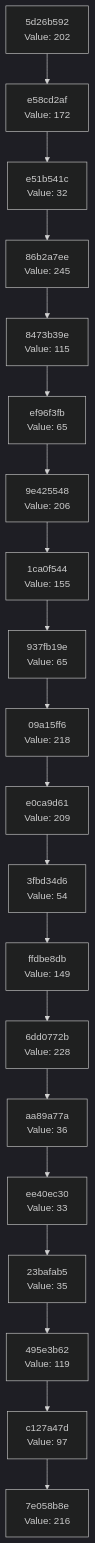
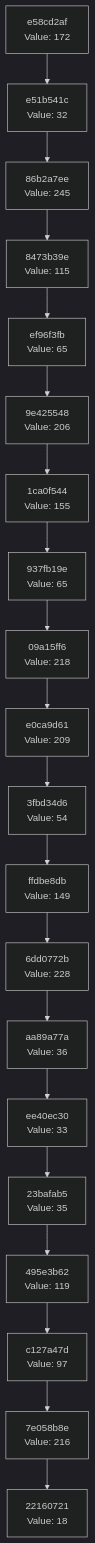
One commit to Abhisheksinha1506/hash-chain-evolver changed the diagram in docs/CHAIN_VISUALIZATION.md. Above: the diagram before and after it, drawn with Mermaid (dark theme). The commit also changed 2 other files, not shown here.

Commit message:
Evolution Step

````diff
--- a/docs/CHAIN_VISUALIZATION.md
+++ b/docs/CHAIN_VISUALIZATION.md
@@ -3,42 +3,42 @@
 ```mermaid
 graph TD
-    C0["7e058b8e<br/>Value: 216"]
-    C1["c127a47d<br/>Value: 97"]
+    C0["22160721<br/>Value: 18"]
+    C1["7e058b8e<br/>Value: 216"]
     C1 --> C0
-    C2["495e3b62<br/>Value: 119"]
+    C2["c127a47d<br/>Value: 97"]
     C2 --> C1
-    C3["23bafab5<br/>Value: 35"]
+    C3["495e3b62<br/>Value: 119"]
     C3 --> C2
-    C4["ee40ec30<br/>Value: 33"]
+    C4["23bafab5<br/>Value: 35"]
     C4 --> C3
-    C5["aa89a77a<br/>Value: 36"]
+    C5["ee40ec30<br/>Value: 33"]
     C5 --> C4
-    C6["6dd0772b<br/>Value: 228"]
+    C6["aa89a77a<br/>Value: 36"]
     C6 --> C5
-    C7["ffdbe8db<br/>Value: 149"]
+    C7["6dd0772b<br/>Value: 228"]
     C7 --> C6
-    C8["3fbd34d6<br/>Value: 54"]
+    C8["ffdbe8db<br/>Value: 149"]
     C8 --> C7
-    C9["e0ca9d61<br/>Value: 209"]
+    C9["3fbd34d6<br/>Value: 54"]
     C9 --> C8
-    C10["09a15ff6<br/>Value: 218"]
+    C10["e0ca9d61<br/>Value: 209"]
     C10 --> C9
-    C11["937fb19e<br/>Value: 65"]
+    C11["09a15ff6<br/>Value: 218"]
     C11 --> C10
-    C12["1ca0f544<br/>Value: 155"]
+    C12["937fb19e<br/>Value: 65"]
     C12 --> C11
-    C13["9e425548<br/>Value: 206"]
+    C13["1ca0f544<br/>Value: 155"]
     C13 --> C12
-    C14["ef96f3fb<br/>Value: 65"]
+    C14["9e425548<br/>Value: 206"]
     C14 --> C13
-    C15["8473b39e<br/>Value: 115"]
+    C15["ef96f3fb<br/>Value: 65"]
     C15 --> C14
-    C16["86b2a7ee<br/>Value: 245"]
+    C16["8473b39e<br/>Value: 115"]
     C16 --> C15
-    C17["e51b541c<br/>Value: 32"]
+    C17["86b2a7ee<br/>Value: 245"]
     C17 --> C16
-    C18["e58cd2af<br/>Value: 172"]
+    C18["e51b541c<br/>Value: 32"]
     C18 --> C17
-    C19["5d26b592<br/>Value: 202"]
+    C19["e58cd2af<br/>Value: 172"]
     C19 --> C18
 ```
````
